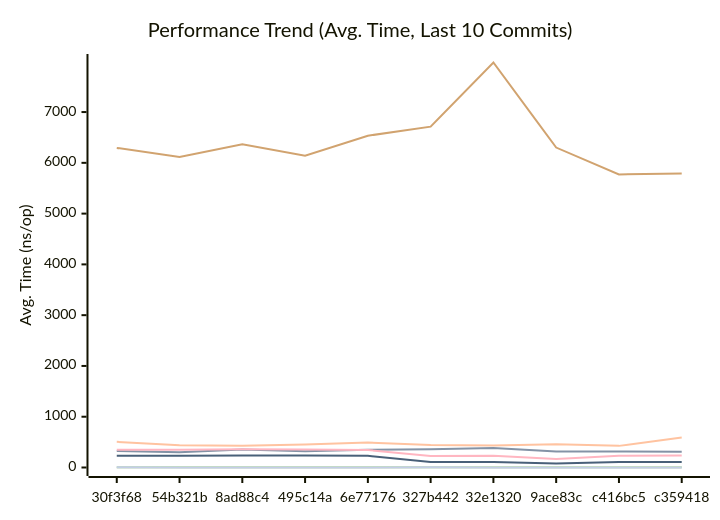
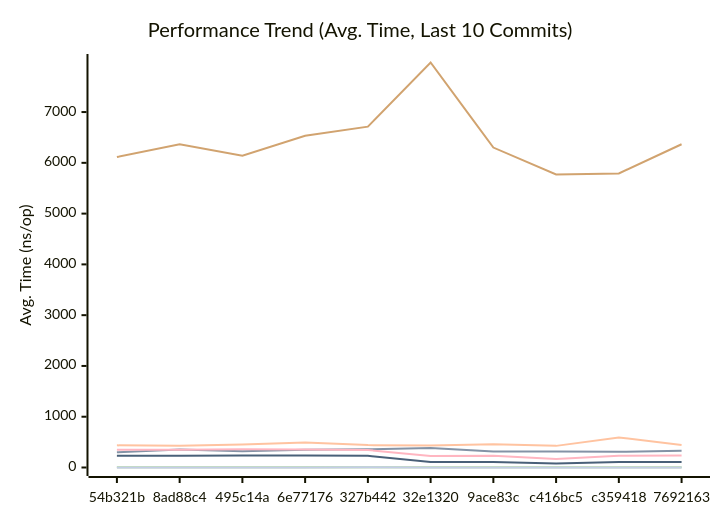
One commit to alsotoes/momo changed the first of 3 diagrams in docs/PERFORMANCE.md. Above: the diagram before and after it, drawn with Mermaid. The commit also changed other lines of this file and 3 other files, not shown here.

````diff
--- a/docs/PERFORMANCE.md
+++ b/docs/PERFORMANCE.md
@@ -120,16 +120,16 @@
 ```mermaid
 xychart-beta
     title "Performance Trend (Avg. Time, Last 10 Commits)"
     x-axis "Commit"
     y-axis "Avg. Time (ns/op)"
-    x-axis [30f3f68,54b321b,8ad88c4,495c14a,6e77176,327b442,32e1320,9ace83c,c416bc5,c359418]
-    line "CheckMetricsAndSwap" [8,9,9,8,10,9,8,9,8,8]
-    line "CrushOptimized" [325,299,354,319,351,357,386,313,315,308]
-    line "CrushOriginal" [505,436,427,453,491,441,433,459,426,593]
+    x-axis [54b321b,8ad88c4,495c14a,6e77176,327b442,32e1320,9ace83c,c416bc5,c359418,7692163]
+    line "CheckMetricsAndSwap" [9,9,8,10,9,8,9,8,8,9]
+    line "CrushOptimized" [299,354,319,351,357,386,313,315,308,332]
+    line "CrushOriginal" [436,427,453,491,441,433,459,426,593,442]
     line "IndexDirectTracking" [0,0,0,0,0,0,0,0,0,0]
     line "IndexSearch" [3,3,3,3,3,3,3,3,3,3]
-    line "LoadGlobalConfig" [6294,6114,6368,6141,6534,6713,7976,6301,5771,5790]
-    line "PadString" [3,2,2,2,2,3,2,2,2,2]
+    line "LoadGlobalConfig" [6114,6368,6141,6534,6713,7976,6301,5771,5790,6366]
+    line "PadString" [2,2,2,2,3,2,2,2,2,2]
     line "ParseReplicationOrder_NoPrealloc" [350,349,357,354,345,225,229,165,232,234]
     line "ParseReplicationOrder_Prealloc" [229,231,237,234,229,108,107,80,110,109]
 ```
````
